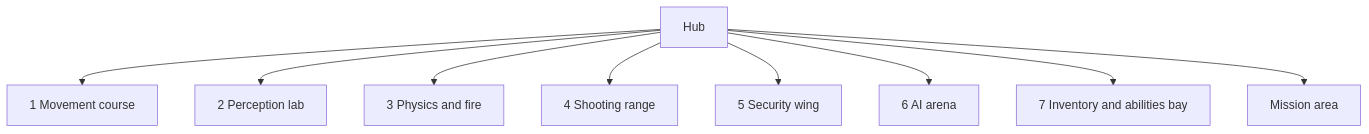
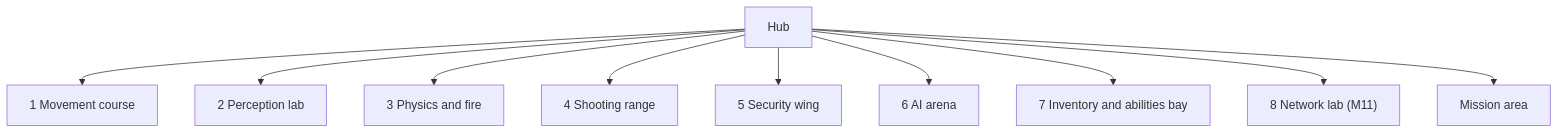
Before and after one commit to matts2cant/im-sim-proto: the diagram in design/levels/hub-and-gallery.md, drawn with Mermaid. The commit also changed other lines of this file and 21 other files, not shown here.

````diff
--- a/design/levels/hub-and-gallery.md
+++ b/design/levels/hub-and-gallery.md
@@ -9,11 +9,12 @@
 ```mermaid
 graph TD
     H["Hub"] --> R1["1 Movement course"]
     H --> R2["2 Perception lab"]
     H --> R3["3 Physics and fire"]
     H --> R4["4 Shooting range"]
     H --> R5["5 Security wing"]
     H --> R6["6 AI arena"]
     H --> R7["7 Inventory and abilities bay"]
+    H --> R8["8 Network lab (M11)"]
     H --> M["Mission area"]
 ```
````
